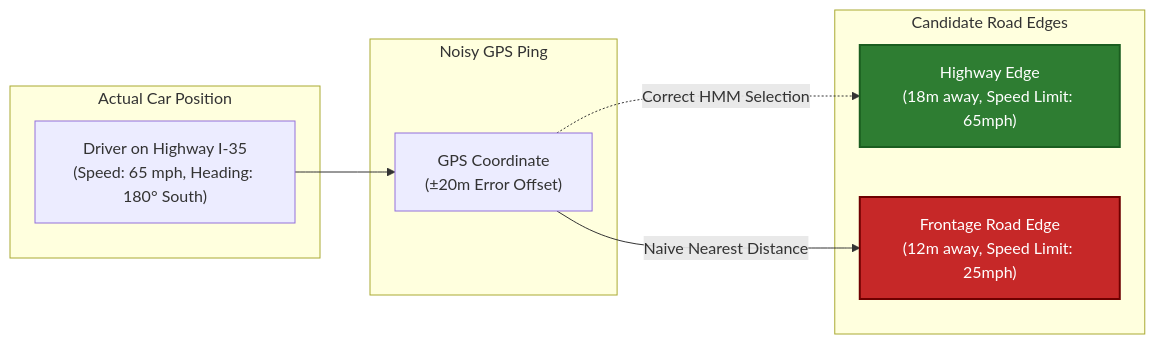
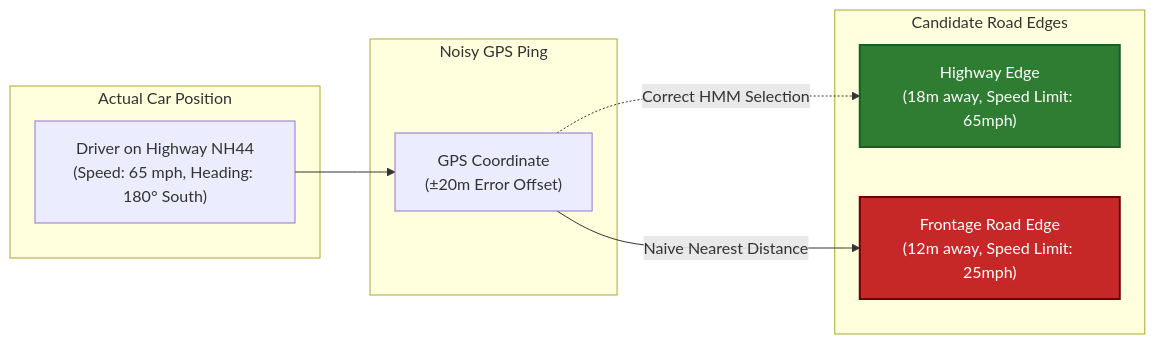
One commit to riyaz-pasha/Learnings changed the tenth of 20 diagrams in system-design/HLD/0-course/28-Design Google Maps-FAANG-Guide-story.md. Above: the diagram before and after it, drawn with Mermaid. The commit also changed other lines of this file, not shown here.

````diff
--- a/system-design/HLD/0-course/28-Design Google Maps-FAANG-Guide-story.md
+++ b/system-design/HLD/0-course/28-Design Google Maps-FAANG-Guide-story.md
@@ -539,22 +539,22 @@
 ```mermaid
 flowchart LR
     subgraph Driver["Actual Car Position"]
-        Car["Driver on Highway I-35<br/>(Speed: 65 mph, Heading: 180° South)"]
+        Car["Driver on Highway NH44<br/>(Speed: 65 mph, Heading: 180° South)"]
     end
 
     subgraph GPS["Noisy GPS Ping"]
         Ping["GPS Coordinate<br/>(±20m Error Offset)"]
     end
 
     subgraph Edges["Candidate Road Edges"]
         E1["Highway Edge<br/>(18m away, Speed Limit: 65mph)"]
         E2["Frontage Road Edge<br/>(12m away, Speed Limit: 25mph)"]
     end
 
     Car --> Ping
     Ping -->|"Naive Nearest Distance"| E2
     Ping -.->|"Correct HMM Selection"| E1
 
     style E2 fill:#c62828,stroke:#6e0000,color:#ffffff,stroke-width:2px
     style E1 fill:#2e7d32,stroke:#1b5e20,color:#ffffff,stroke-width:2px
 ```
````
